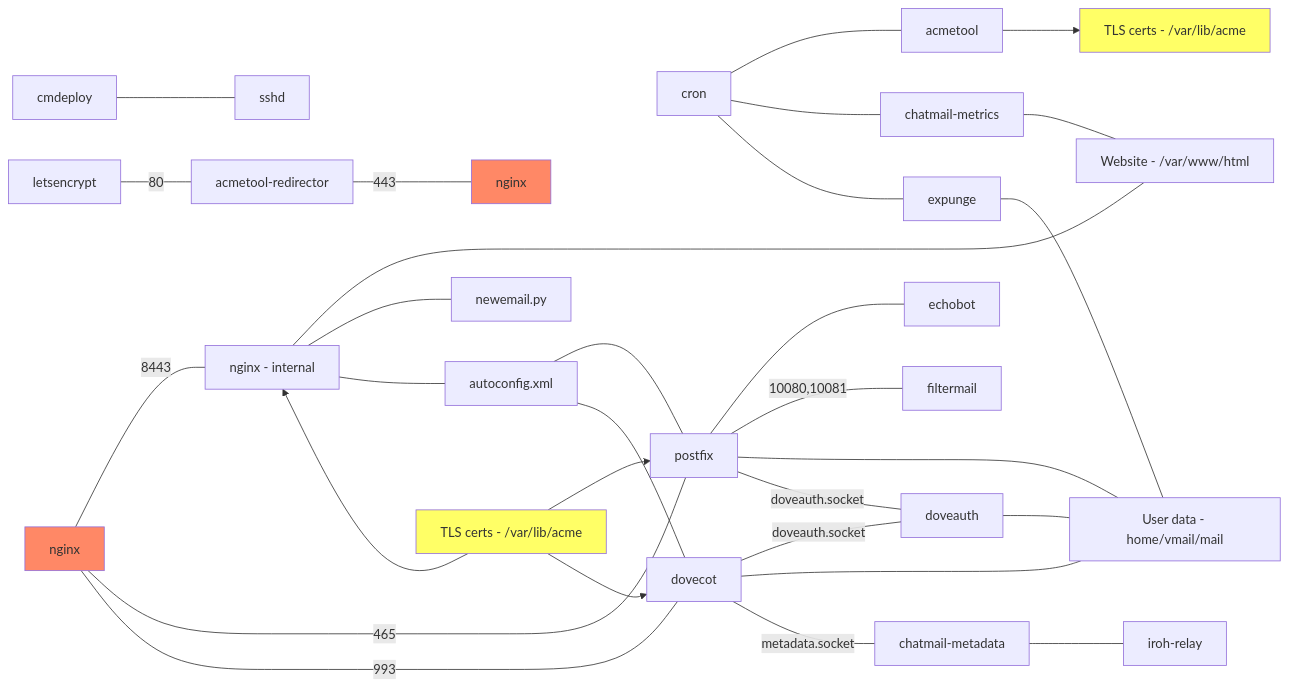
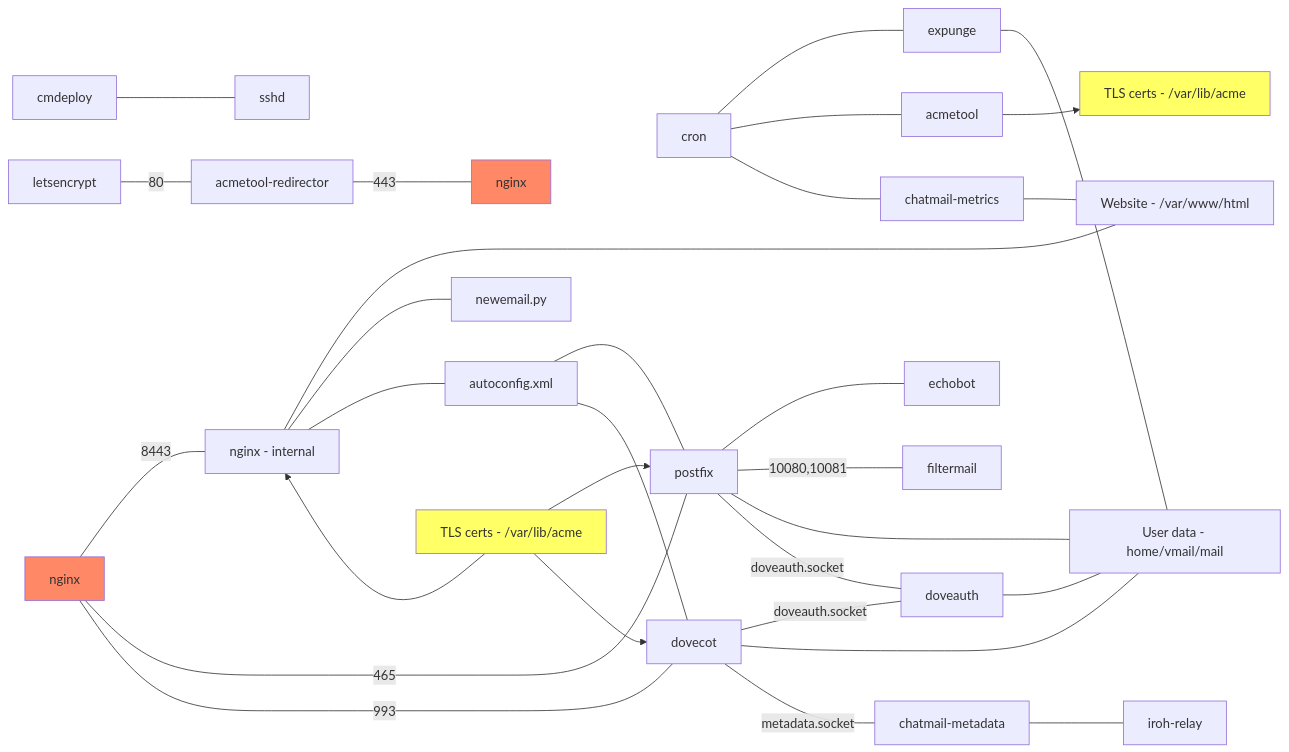
One commit to cliffmccarthy/chatmail-relay changed the diagram in ARCHITECTURE.md. Above: the diagram before and after it, drawn with Mermaid. The commit also changed other lines of this file, not shown here.

````diff
--- a/ARCHITECTURE.md
+++ b/ARCHITECTURE.md
@@ -4,36 +4,36 @@
 ```mermaid
 graph LR;
     cmdeploy --- sshd;
     letsencrypt --- |80|acmetool-redirector;
     acmetool-redirector --- |443|nginx-right[nginx];
     nginx --- |8443|nginx-internal[nginx - internal];
     nginx-internal --- website[Website - /var/www/html];
     nginx-internal --- newemail.py;
     nginx-internal --- autoconfig.xml;
     nginx-internal ~~~ certs-nginx[TLS certs - /var/lib/acme] --> nginx-internal;
+    cron --- expunge;
     cron --- acmetool;
     cron --- chatmail-metrics;
-    cron --- expunge;
     chatmail-metrics --- website;
     acmetool --> certs[TLS certs - /var/lib/acme];
     nginx --- |465|postfix;
     nginx --- |993|dovecot;
     autoconfig.xml --- postfix;
     autoconfig.xml --- dovecot;
     postfix --- echobot;
     postfix --- |10080,10081|filtermail;
     postfix --- users[User data - home/vmail/mail];
     postfix --- |doveauth.socket|doveauth;
     dovecot --- |doveauth.socket|doveauth;
     dovecot --- users;
     dovecot --- |metadata.socket|chatmail-metadata;
     doveauth --- users;
     expunge --- users;
     chatmail-metadata --- iroh-relay;
     certs-nginx --> postfix;
     certs-nginx --> dovecot;
     style certs fill:#ff6;
     style certs-nginx fill:#ff6;
     style nginx fill:#f86;
     style nginx-right fill:#f86;
 ```
````
